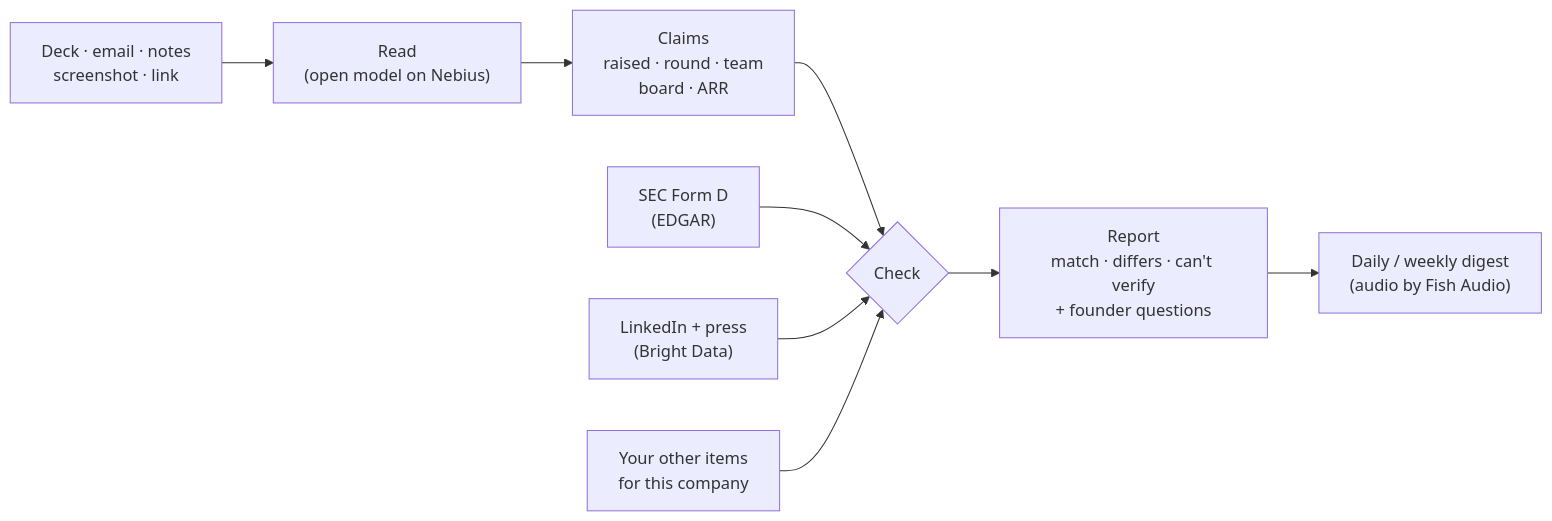
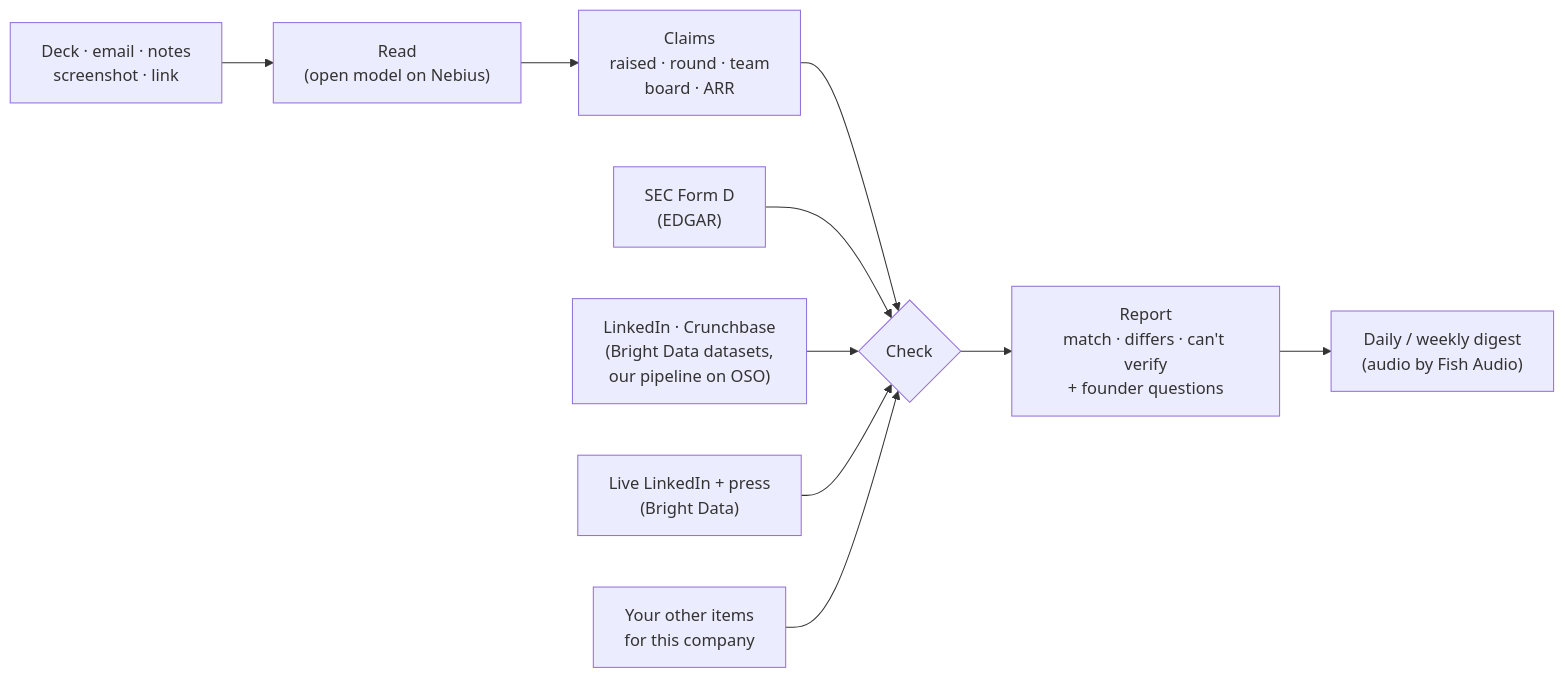
One commit to ANonABento/VentureSauce changed the diagram in README.md. Above: the diagram before and after it, drawn with Mermaid. The commit also changed other lines of this file and 3 other files, not shown here.

Commit message:
README: fresh screenshots of the merged UI and rebuilt demo inbox; diagram, table and credits include the OSO pipeline and Crunchbase

````diff
--- a/README.md
+++ b/README.md
@@ -22,11 +22,12 @@
 ```mermaid
 flowchart LR
     A["Deck · email · notes<br/>screenshot · link"] --> B["Read<br/>(open model on Nebius)"]
     B --> C["Claims<br/>raised · round · team<br/>board · ARR"]
     C --> D{"Check"}
     P["SEC Form D<br/>(EDGAR)"] --> D
-    L["LinkedIn + press<br/>(Bright Data)"] --> D
+    O["LinkedIn · Crunchbase<br/>(Bright Data datasets,<br/>our pipeline on OSO)"] --> D
+    L["Live LinkedIn + press<br/>(Bright Data)"] --> D
     Y["Your other items<br/>for this company"] --> D
     D --> R["Report<br/>match · differs · can't verify<br/>+ founder questions"]
     R --> G["Daily / weekly digest<br/>(audio by Fish Audio)"]
 ```
````
